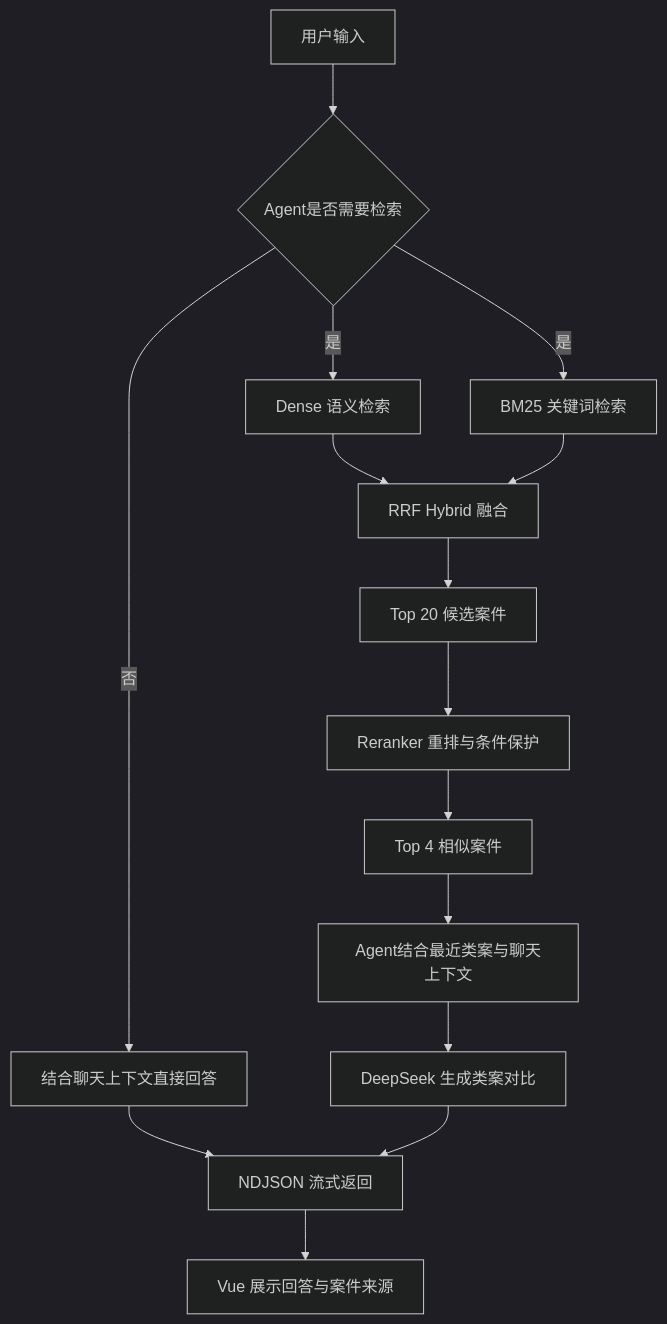
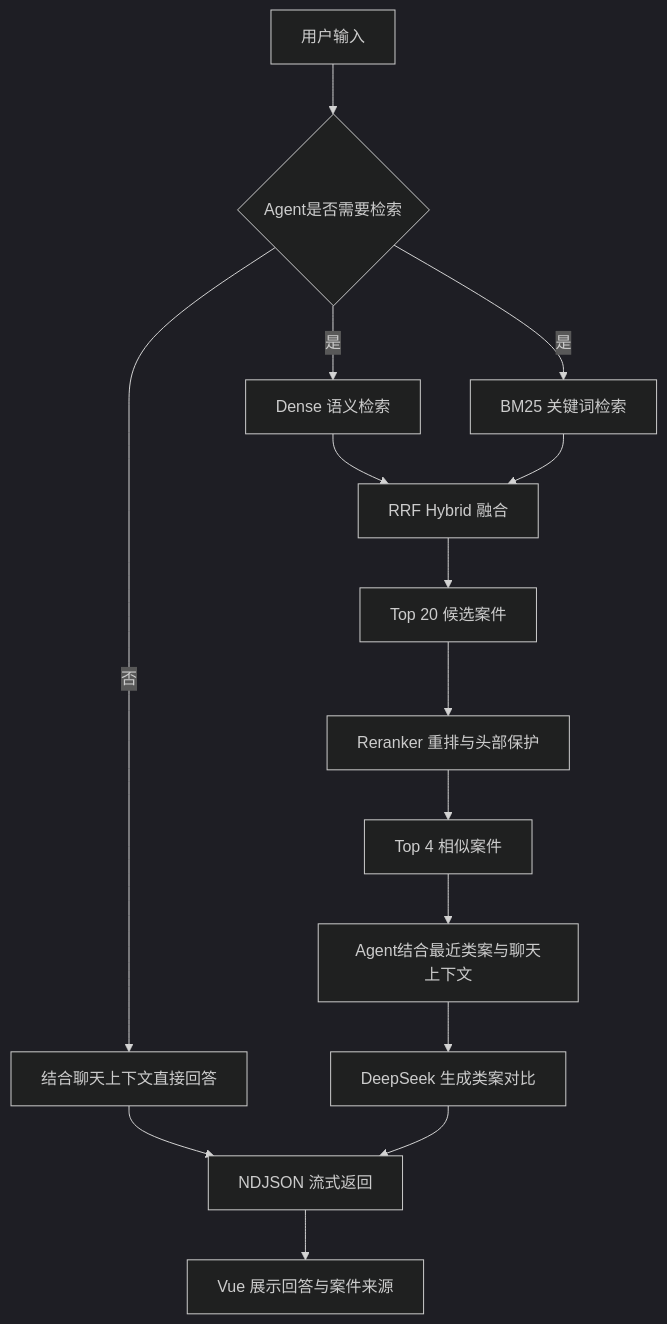
The diagram in README.md (ZHZH00/legal-case-rag), drawn with Mermaid (dark theme) before and after one commit. The commit also changed other lines of this file and 35 other files, not shown here.

````diff
--- a/README.md
+++ b/README.md
@@ -26,17 +26,17 @@
 ```mermaid
 flowchart TD
     A[用户输入] --> B{Agent是否需要检索}
     B -- 否 --> L[结合聊天上下文直接回答]
     B -- 是 --> C[Dense 语义检索]
     B -- 是 --> D[BM25 关键词检索]
     C --> E[RRF Hybrid 融合]
     D --> E
     E --> F[Top 20 候选案件]
-    F --> G[Reranker 重排与条件保护]
+    F --> G[Reranker 重排与头部保护]
     G --> H[Top 4 相似案件]
     H --> I[Agent结合最近类案与聊天上下文]
     I --> J[DeepSeek 生成类案对比]
     L --> K[NDJSON 流式返回]
     J --> K
     K --> M[Vue 展示回答与案件来源]
 ```
````
